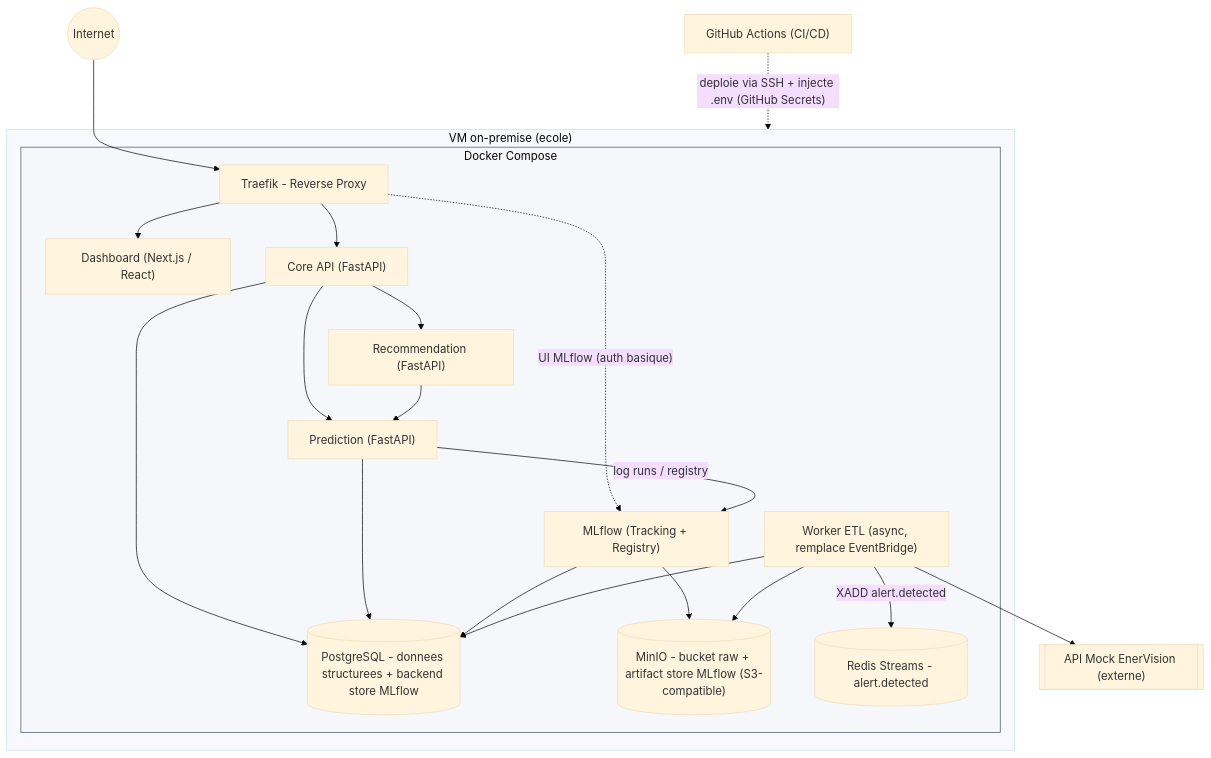
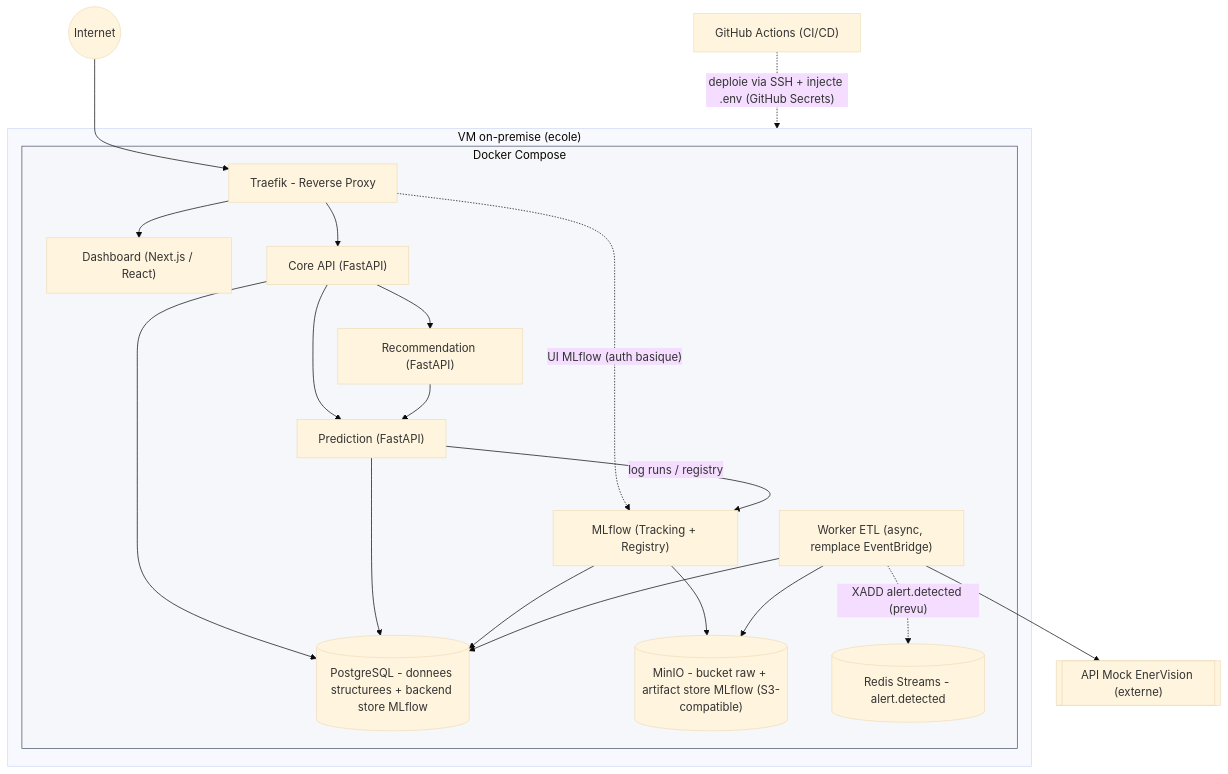
One commit to PetitPingu/EnerVision changed the diagram in docs/archi_infra.md. Above: the diagram before and after it, drawn with Mermaid (base theme). The commit also changed other lines of this file and 13 other files, not shown here.

````diff
--- a/docs/archi_infra.md
+++ b/docs/archi_infra.md
@@ -24,41 +24,41 @@
 ```mermaid
 flowchart TB
     Internet((Internet))
     Mock[["API Mock EnerVision (externe)"]]
     CI["GitHub Actions (CI/CD)"]
  
     subgraph VM["VM on-premise (ecole)"]
         subgraph Net["Docker Compose"]
             RP["Traefik - Reverse Proxy"]
             Dash["Dashboard (Next.js / React)"]
             API["Core API (FastAPI)"]
             Pred["Prediction (FastAPI)"]
             Reco["Recommendation (FastAPI)"]
             Etl["Worker ETL (async, remplace EventBridge)"]
             MLflow["MLflow (Tracking + Registry)"]
             PG[("PostgreSQL - donnees structurees + backend store MLflow")]
             Minio[("MinIO - bucket raw + artifact store MLflow (S3-compatible)")]
             Redis[("Redis Streams - alert.detected")]
         end
     end
  
     Internet --> RP
     RP --> Dash
     RP --> API
     RP -. "UI MLflow (auth basique)" .-> MLflow
     API --> Pred
     API --> Reco
     Reco --> Pred
     API --> PG
     Pred --> PG
     Pred -- "log runs / registry" --> MLflow
     MLflow --> PG
     MLflow --> Minio
     Etl --> PG
     Etl --> Minio
     Etl --> Mock
-    Etl -- "XADD alert.detected" --> Redis
+    Etl -. "XADD alert.detected (prevu)" .-> Redis
     CI -. "deploie via SSH + injecte .env (GitHub Secrets)" .-> VM
  
     style Net fill:#f5f7fa,stroke:#4a5568,stroke-width:1px
 ```
````
